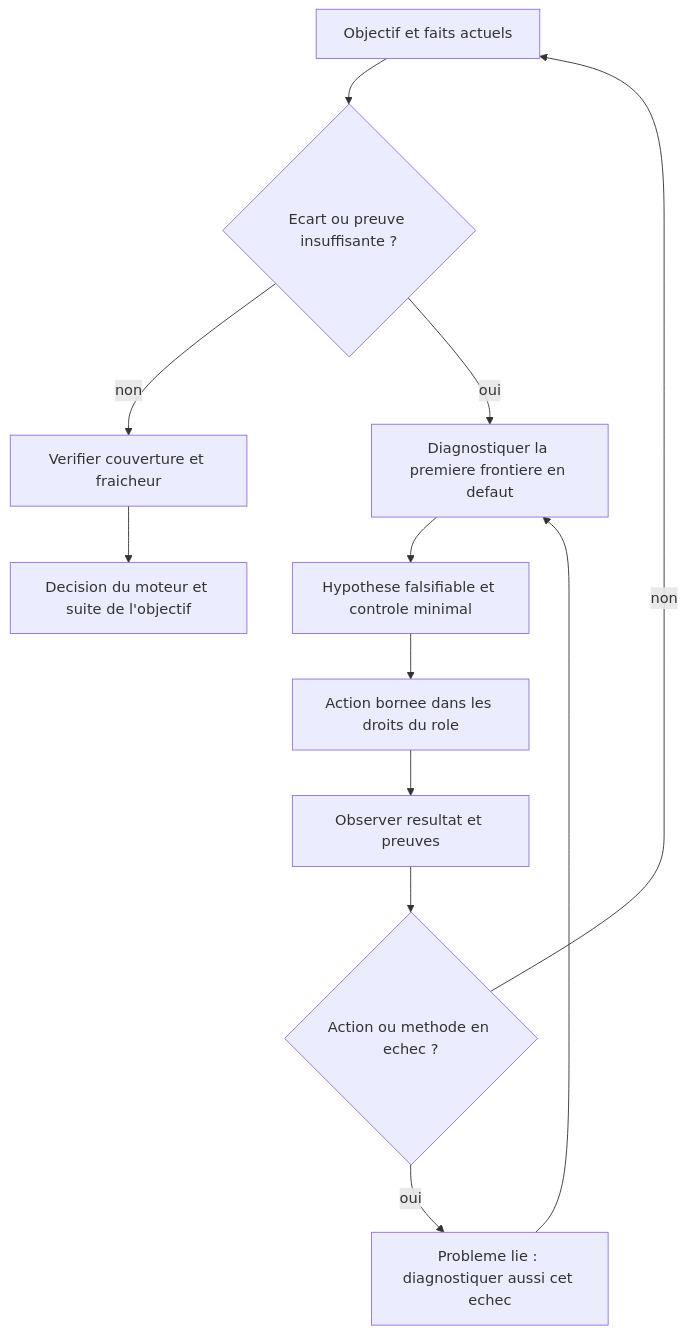
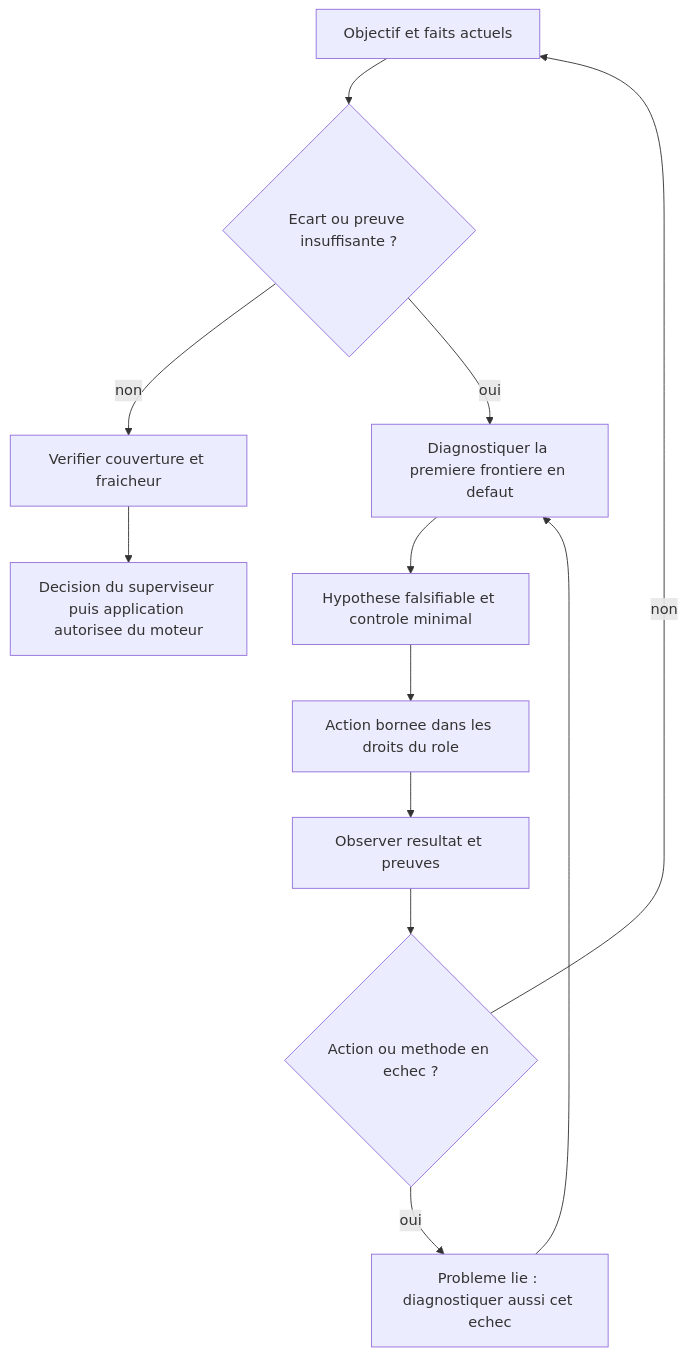
One commit to mo0ogly/swarm changed the first of 13 diagrams in docs/architecture/AUTORECURSIVE-RECOVERY.md. Above: the diagram before and after it, drawn with Mermaid. The commit also changed other lines of this file and 9 other files, not shown here.

````diff
--- a/docs/architecture/AUTORECURSIVE-RECOVERY.md
+++ b/docs/architecture/AUTORECURSIVE-RECOVERY.md
@@ -20,14 +20,14 @@
 ```mermaid
 flowchart TD
     O[Objectif et faits actuels] --> E{Ecart ou preuve insuffisante ?}
     E -->|non| V[Verifier couverture et fraicheur]
     E -->|oui| D[Diagnostiquer la premiere frontiere en defaut]
     D --> H[Hypothese falsifiable et controle minimal]
     H --> A[Action bornee dans les droits du role]
     A --> C[Observer resultat et preuves]
     C --> R{Action ou methode en echec ?}
     R -->|oui| P[Probleme lie : diagnostiquer aussi cet echec]
     P --> D
     R -->|non| O
-    V --> F[Decision du moteur et suite de l'objectif]
+    V --> F[Decision du superviseur puis application autorisee du moteur]
 ```
````
